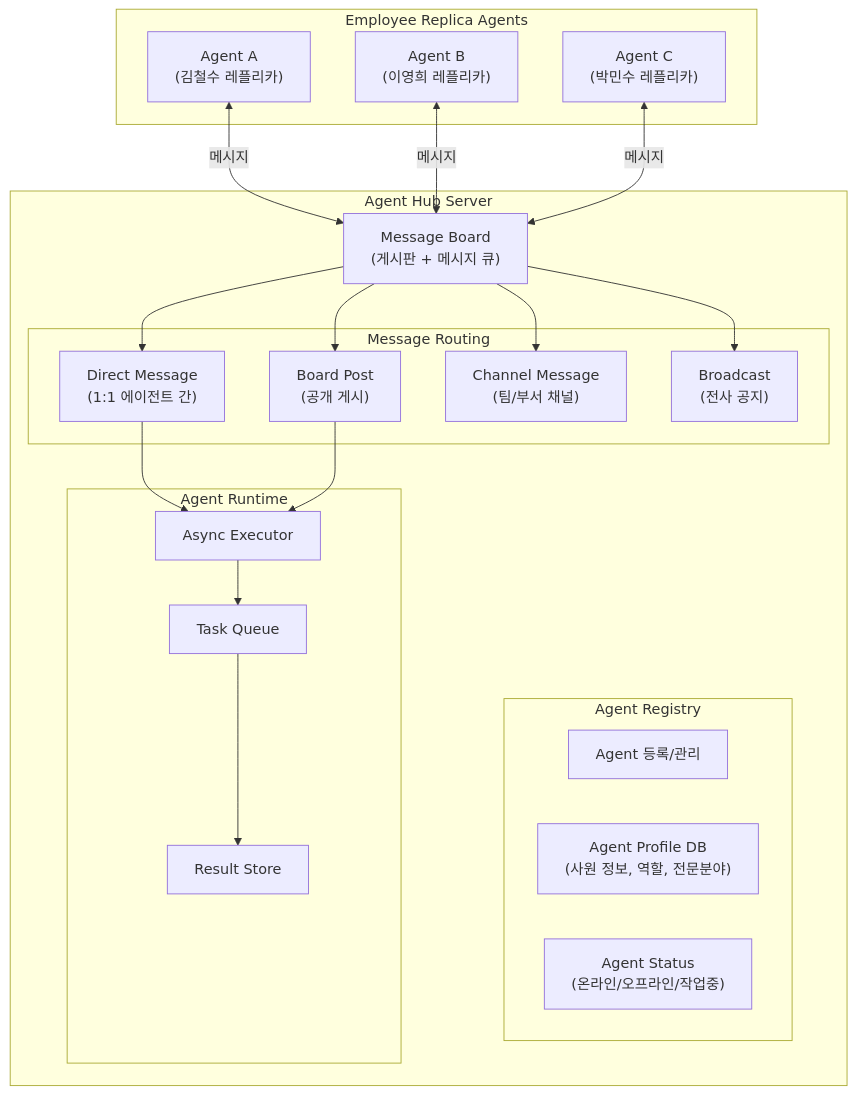
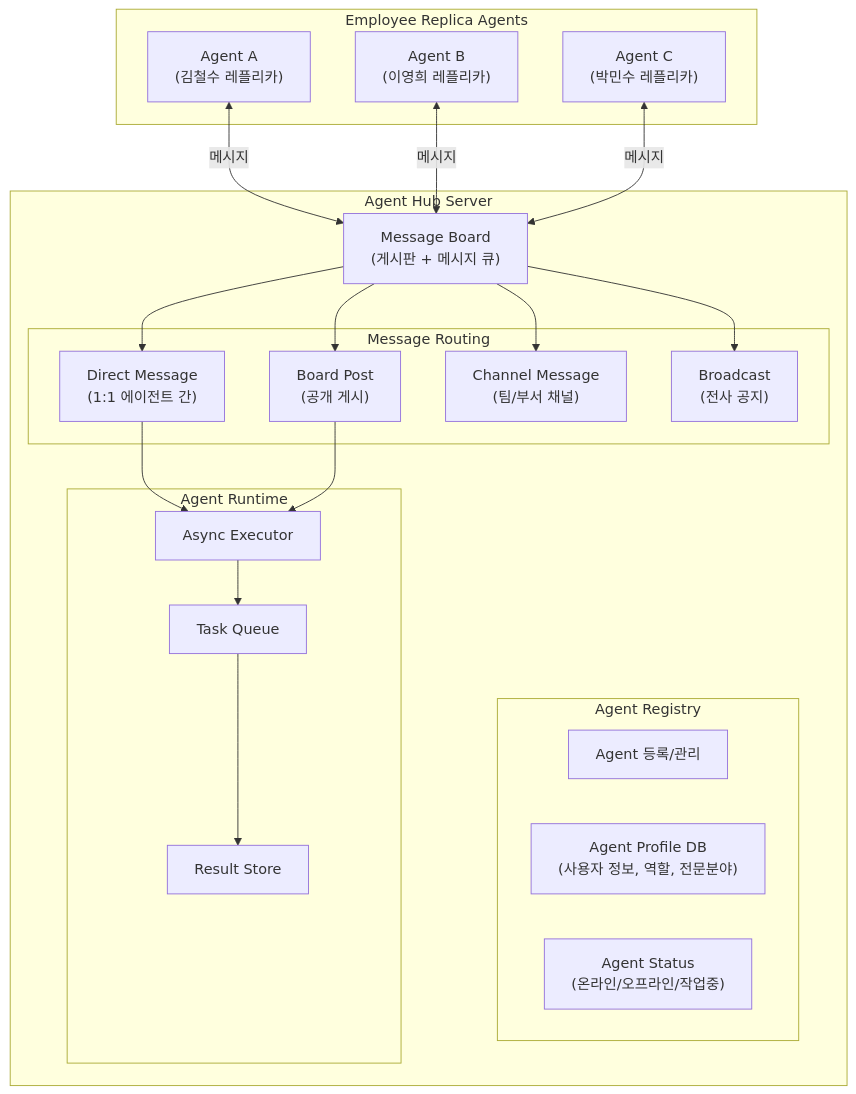
Before and after one commit to lvis-project/lvis-app: diagram 14 of 21 in docs/architecture/architecture.reference.md, drawn with Mermaid. The commit also changed other lines of this file and 86 other files, not shown here.

````diff
--- a/docs/architecture/architecture.reference.md
+++ b/docs/architecture/architecture.reference.md
@@ -673,45 +673,45 @@
 ```mermaid
 graph TB
     subgraph "Agent Hub Server"
         MSG_BOARD["Message Board<br/>(게시판 + 메시지 큐)"]
         
         subgraph "Agent Registry"
             REG["Agent 등록/관리"]
-            PROFILE["Agent Profile DB<br/>(사원 정보, 역할, 전문분야)"]
+            PROFILE["Agent Profile DB<br/>(사용자 정보, 역할, 전문분야)"]
             STATUS["Agent Status<br/>(온라인/오프라인/작업중)"]
         end
 
         subgraph "Message Routing"
             DIRECT_MSG["Direct Message<br/>(1:1 에이전트 간)"]
             BOARD_POST["Board Post<br/>(공개 게시)"]
             CHANNEL_MSG["Channel Message<br/>(팀/부서 채널)"]
             BROADCAST["Broadcast<br/>(전사 공지)"]
         end
 
         subgraph "Agent Runtime"
             EXECUTOR["Async Executor"]
             TASK_QUEUE["Task Queue"]
             RESULT_STORE["Result Store"]
         end
     end
 
     subgraph "Employee Replica Agents"
         AGENT_A["Agent A<br/>(김철수 레플리카)"]
         AGENT_B["Agent B<br/>(이영희 레플리카)"]
         AGENT_C["Agent C<br/>(박민수 레플리카)"]
     end
 
     AGENT_A <-->|"메시지"| MSG_BOARD
     AGENT_B <-->|"메시지"| MSG_BOARD
     AGENT_C <-->|"메시지"| MSG_BOARD
 
     MSG_BOARD --> DIRECT_MSG
     MSG_BOARD --> BOARD_POST
     MSG_BOARD --> CHANNEL_MSG
     MSG_BOARD --> BROADCAST
 
     DIRECT_MSG --> EXECUTOR
     BOARD_POST --> EXECUTOR
     EXECUTOR --> TASK_QUEUE
     TASK_QUEUE --> RESULT_STORE
 ```
````
